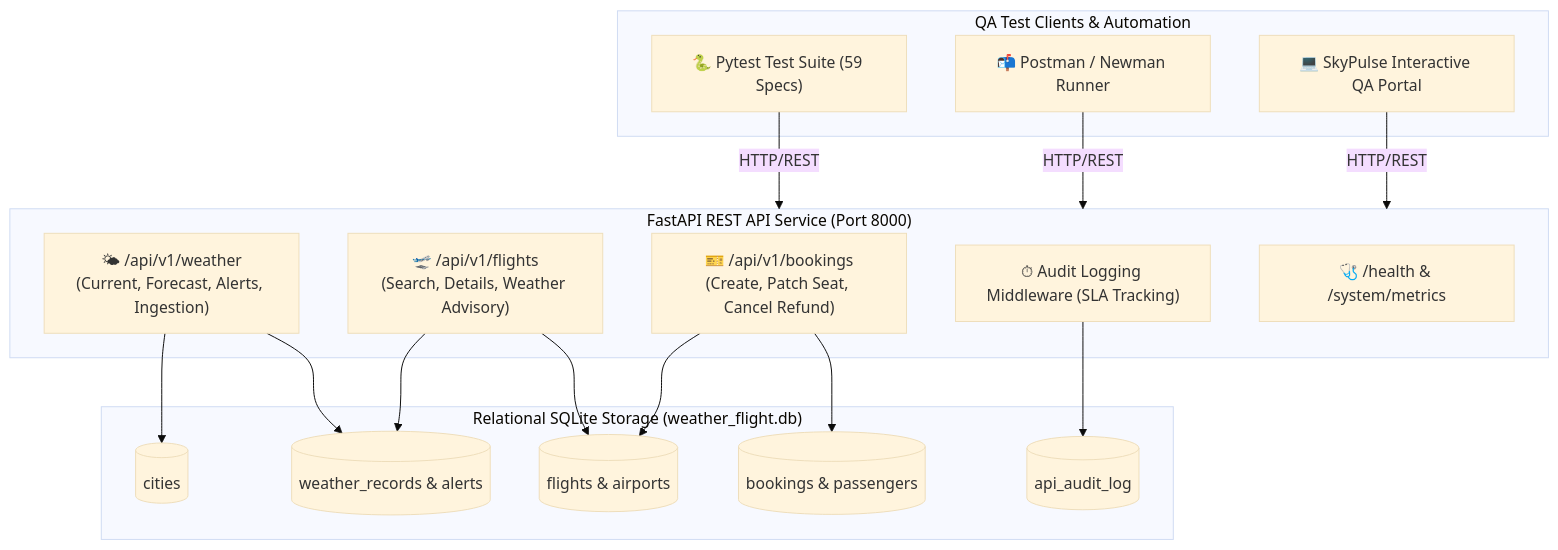
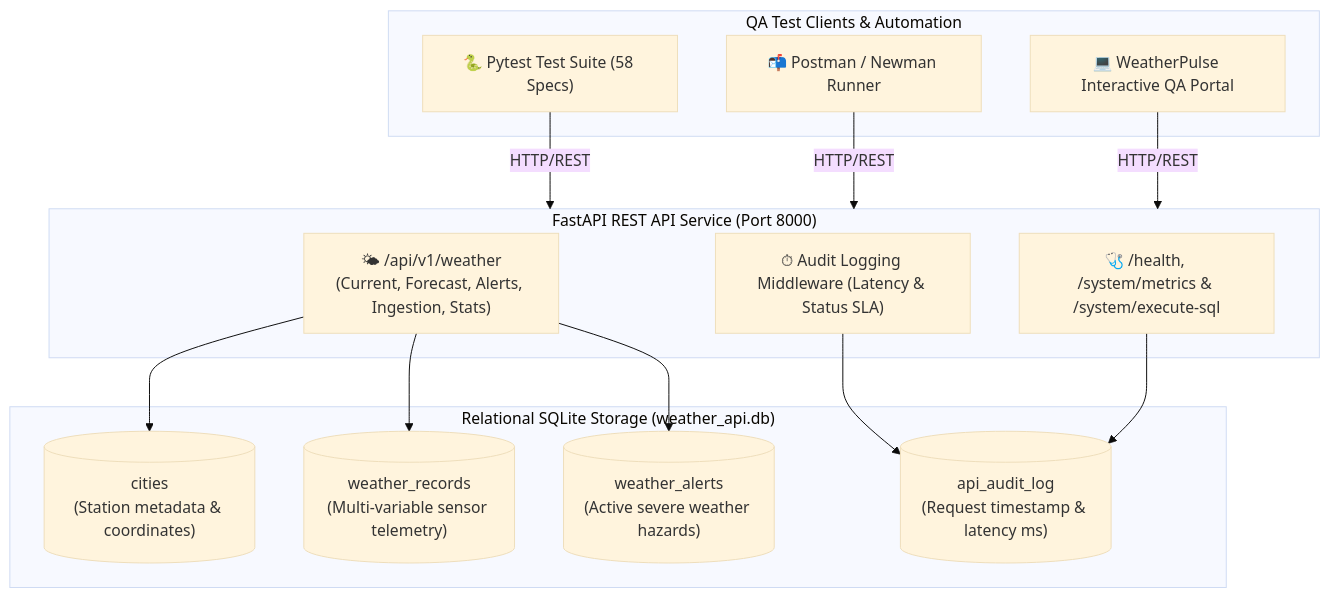
One commit to yogeshmagatam/Weather-API-Test-Suite changed the diagram in README.md. Above: the diagram before and after it, drawn with Mermaid (base theme). The commit also changed other lines of this file and 36 other files, not shown here.

Commit message:
feat: specialize test suite exclusively for Weather REST API

````diff
--- a/README.md
+++ b/README.md
@@ -28,36 +28,31 @@
 ```mermaid
 flowchart TD
     subgraph Clients["QA Test Clients & Automation"]
-        Pytest["🐍 Pytest Test Suite (59 Specs)"]
+        Pytest["🐍 Pytest Test Suite (58 Specs)"]
         Postman["📬 Postman / Newman Runner"]
-        WebPortal["💻 SkyPulse Interactive QA Portal"]
+        WebPortal["💻 WeatherPulse Interactive QA Portal"]
     end
 
     subgraph API["FastAPI REST API Service (Port 8000)"]
-        AuditMW["⏱ Audit Logging Middleware (SLA Tracking)"]
-        WeatherRouter["🌤 /api/v1/weather\n(Current, Forecast, Alerts, Ingestion)"]
-        FlightRouter["🛫 /api/v1/flights\n(Search, Details, Weather Advisory)"]
-        BookingRouter["🎫 /api/v1/bookings\n(Create, Patch Seat, Cancel Refund)"]
-        SystemRouter["🩺 /health & /system/metrics"]
+        AuditMW["⏱ Audit Logging Middleware (Latency & Status SLA)"]
+        WeatherRouter["🌤 /api/v1/weather\n(Current, Forecast, Alerts, Ingestion, Stats)"]
+        SystemRouter["🩺 /health, /system/metrics & /system/execute-sql"]
     end
 
-    subgraph Database["Relational SQLite Storage (weather_flight.db)"]
-        CitiesTbl[("cities")]
-        WeatherTbl[("weather_records & alerts")]
-        FlightsTbl[("flights & airports")]
-        BookingsTbl[("bookings & passengers")]
-        AuditTbl[("api_audit_log")]
+    subgraph Database["Relational SQLite Storage (weather_api.db)"]
+        CitiesTbl[("cities\n(Station metadata & coordinates)")]
+        WeatherTbl[("weather_records\n(Multi-variable sensor telemetry)")]
+        AlertsTbl[("weather_alerts\n(Active severe weather hazards)")]
+        AuditTbl[("api_audit_log\n(Request timestamp & latency ms)")]
     end
 
     Pytest -->|HTTP/REST| API
     Postman -->|HTTP/REST| API
     WebPortal -->|HTTP/REST| API
 
     AuditMW --> AuditTbl
     WeatherRouter --> CitiesTbl
     WeatherRouter --> WeatherTbl
-    FlightRouter --> FlightsTbl
-    FlightRouter --> WeatherTbl
-    BookingRouter --> BookingsTbl
-    BookingRouter --> FlightsTbl
+    WeatherRouter --> AlertsTbl
+    SystemRouter --> AuditTbl
 ```
````
